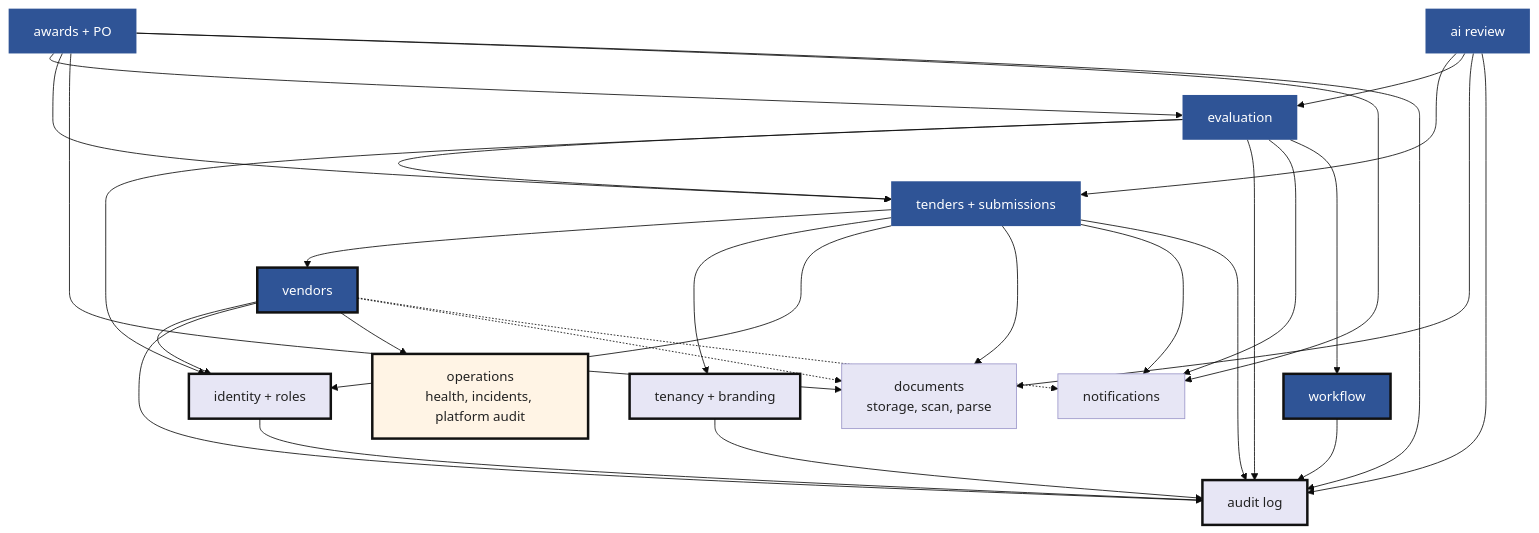
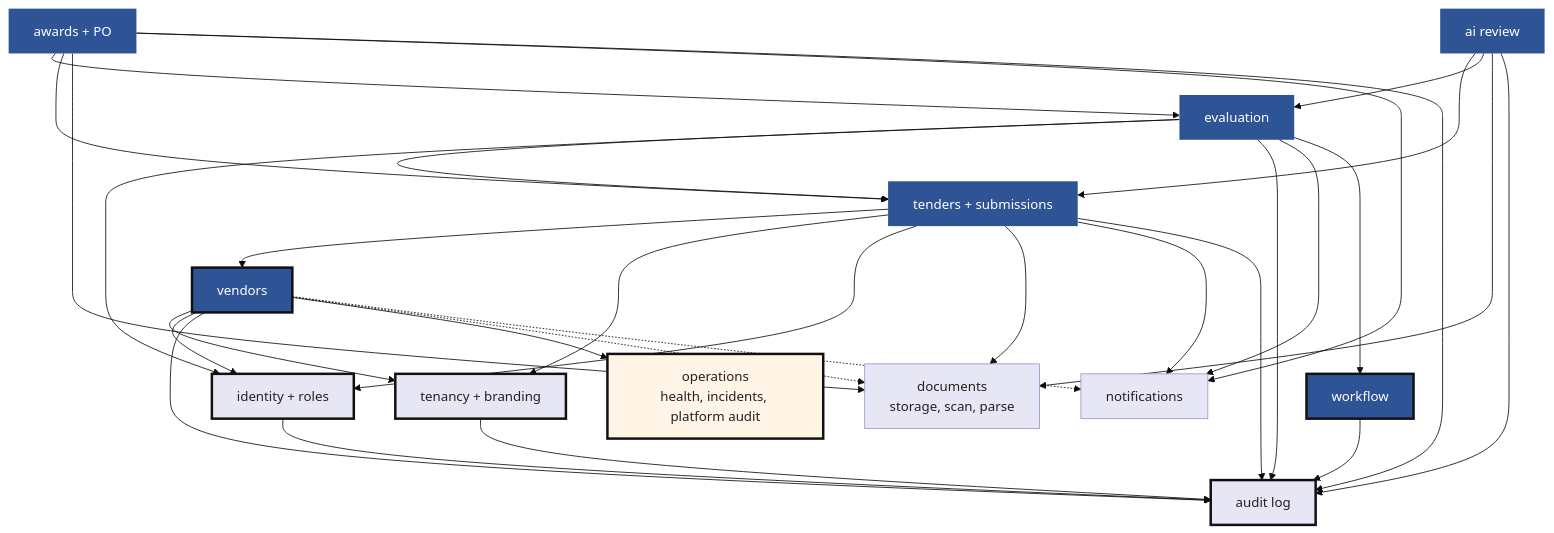
The ninth of 13 diagrams in docs/03-diagrams.md (AhmedAssaf/ERP), drawn with Mermaid (base theme) before and after one commit. The commit also changed other lines of this file and 13 other files, not shown here.

````diff
--- a/docs/03-diagrams.md
+++ b/docs/03-diagrams.md
@@ -381,33 +381,33 @@
 ```mermaid
 flowchart TB
     classDef core fill:#2F5496,color:#fff,stroke:none
     classDef shared fill:#E7E6F5,color:#222,stroke:#9B96C9
     classDef platform fill:#FFF4E5,color:#222,stroke:#C77700
     classDef built stroke:#111,stroke-width:3px
 
     TEN[tenancy + branding]:::shared
     IDN[identity + roles]:::shared
     DOC[documents<br/>storage, scan, parse]:::shared
     NOT[notifications]:::shared
     AUD[audit log]:::shared
 
     VEN[vendors]:::core
     TDR[tenders + submissions]:::core
     EVA[evaluation]:::core
     AWD[awards + PO]:::core
     AI[ai review]:::core
     WF[workflow]:::core
     OPS[operations<br/>health, incidents, platform audit]:::platform
 
-    VEN --> IDN & AUD & OPS
+    VEN --> TEN & IDN & AUD & OPS
     VEN -.-> DOC & NOT
     TDR --> VEN & TEN & IDN & DOC & NOT & AUD
     EVA --> TDR & IDN & AUD & NOT
     EVA --> WF
     AWD --> EVA & TDR & DOC & NOT & AUD
     AI --> TDR & EVA & DOC & AUD
     WF --> AUD
     IDN --> AUD
     TEN --> AUD
     class TEN,IDN,AUD,WF,OPS,VEN built
 ```
````
